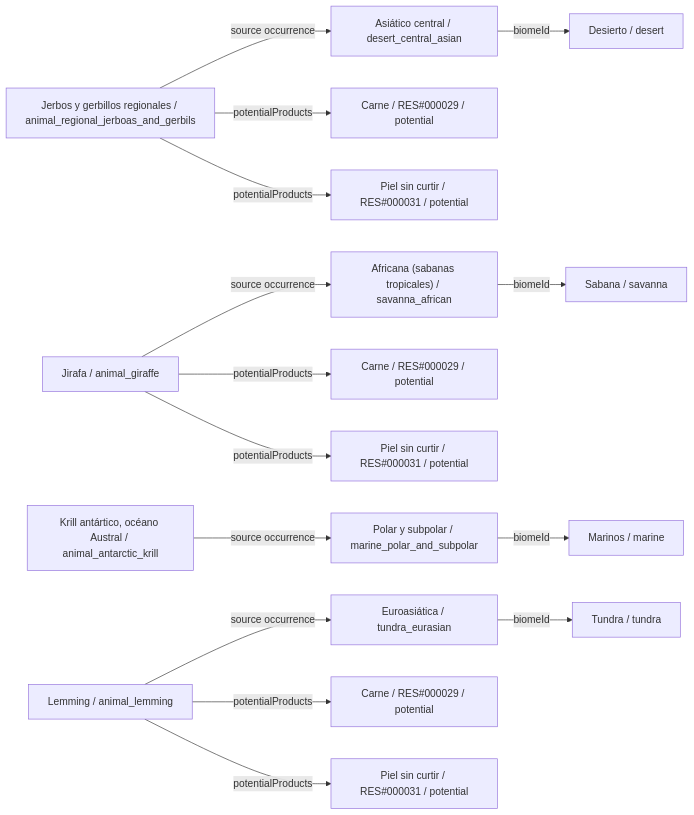
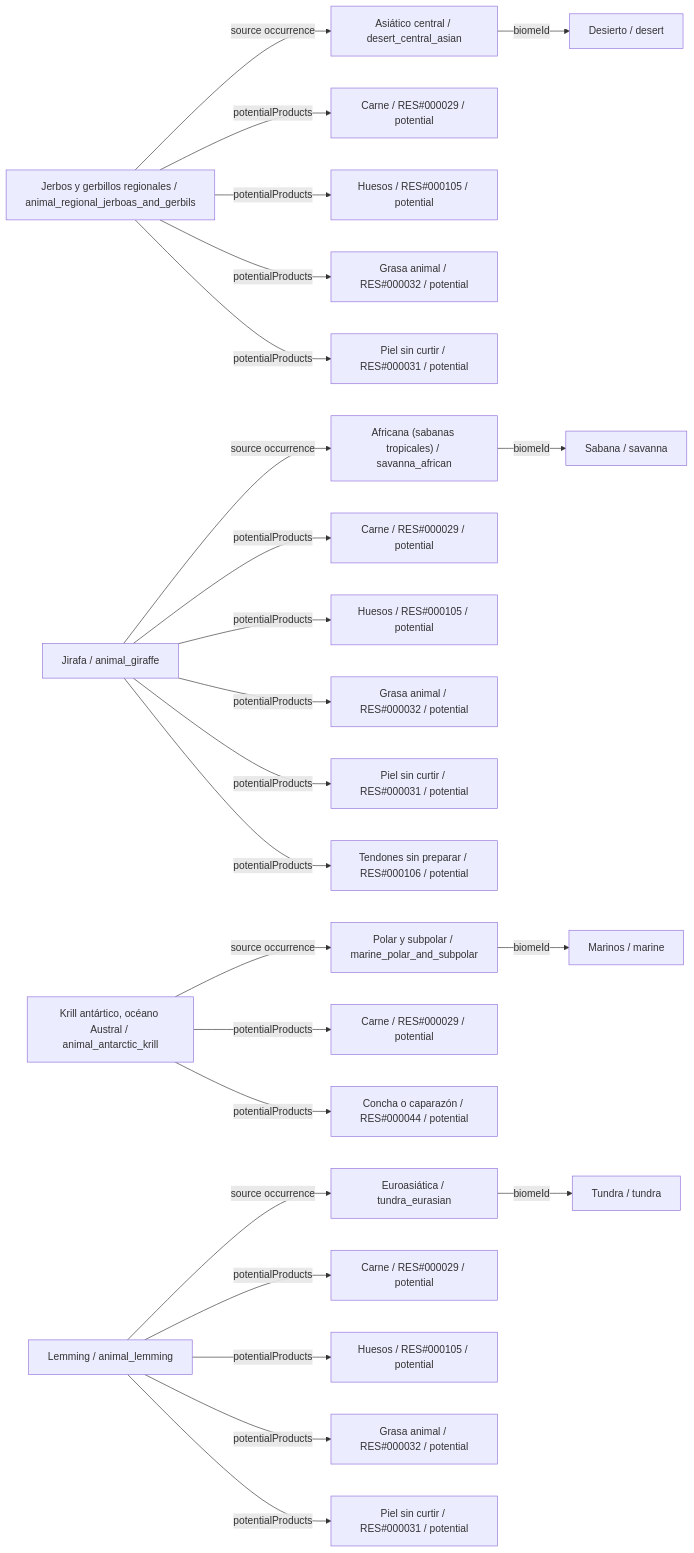
One commit to fgabo404/EvolveDoc changed diagram 13 of 26 in data/animals/DIAGRAMS.es.md. Above: the diagram before and after it, drawn with Mermaid. The commit also changed other lines of this file and 44 other files, not shown here.

````diff
--- a/data/animals/DIAGRAMS.es.md
+++ b/data/animals/DIAGRAMS.es.md
@@ -674,35 +954,53 @@
 ```mermaid
 flowchart LR
     c0["Jerbos y gerbillos regionales / animal_regional_jerboas_and_gerbils"]
     v17["Asiático central / desert_central_asian"]
     b4["Desierto / desert"]
     o0_0["Carne / RES#000029 / potential"]
-    o0_1["Piel sin curtir / RES#000031 / potential"]
+    o0_1["Huesos / RES#000105 / potential"]
+    o0_2["Grasa animal / RES#000032 / potential"]
+    o0_3["Piel sin curtir / RES#000031 / potential"]
     c1["Jirafa / animal_giraffe"]
     v11["Africana (sabanas tropicales) / savanna_african"]
     b3["Sabana / savanna"]
     o1_0["Carne / RES#000029 / potential"]
-    o1_1["Piel sin curtir / RES#000031 / potential"]
+    o1_1["Huesos / RES#000105 / potential"]
+    o1_2["Grasa animal / RES#000032 / potential"]
+    o1_3["Piel sin curtir / RES#000031 / potential"]
+    o1_4["Tendones sin preparar / RES#000106 / potential"]
     c2["Krill antártico, océano Austral / animal_antarctic_krill"]
     v21["Polar y subpolar / marine_polar_and_subpolar"]
     b5["Marinos / marine"]
+    o2_0["Carne / RES#000029 / potential"]
+    o2_1["Concha o caparazón / RES#000044 / potential"]
     c3["Lemming / animal_lemming"]
     v9["Euroasiática / tundra_eurasian"]
     b2["Tundra / tundra"]
     o3_0["Carne / RES#000029 / potential"]
-    o3_1["Piel sin curtir / RES#000031 / potential"]
+    o3_1["Huesos / RES#000105 / potential"]
+    o3_2["Grasa animal / RES#000032 / potential"]
+    o3_3["Piel sin curtir / RES#000031 / potential"]
     c0 -->|potentialProducts| o0_0
     c0 -->|potentialProducts| o0_1
+    c0 -->|potentialProducts| o0_2
+    c0 -->|potentialProducts| o0_3
     c0 -->|source occurrence| v17
     c1 -->|potentialProducts| o1_0
     c1 -->|potentialProducts| o1_1
+    c1 -->|potentialProducts| o1_2
+    c1 -->|potentialProducts| o1_3
+    c1 -->|potentialProducts| o1_4
     c1 -->|source occurrence| v11
+    c2 -->|potentialProducts| o2_0
+    c2 -->|potentialProducts| o2_1
     c2 -->|source occurrence| v21
     c3 -->|potentialProducts| o3_0
     c3 -->|potentialProducts| o3_1
+    c3 -->|potentialProducts| o3_2
+    c3 -->|potentialProducts| o3_3
     c3 -->|source occurrence| v9
     v11 -->|biomeId| b3
     v17 -->|biomeId| b4
     v21 -->|biomeId| b5
     v9 -->|biomeId| b2
 ```
````
